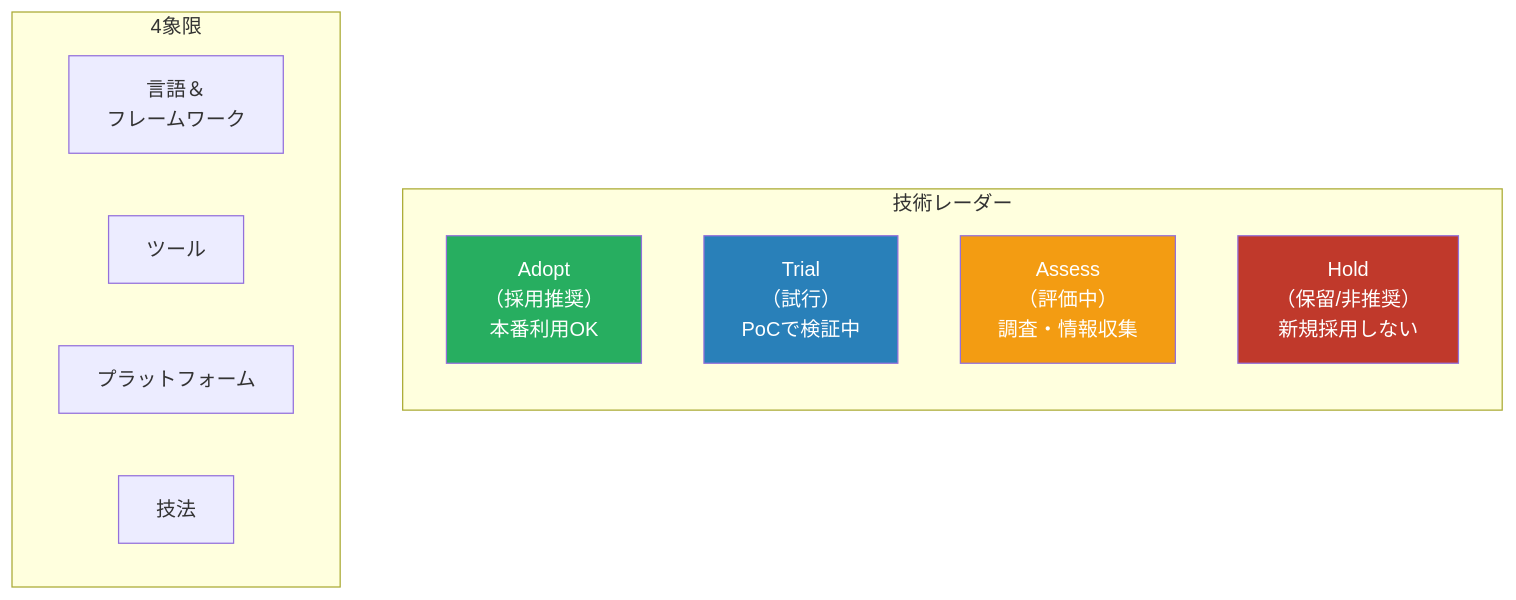
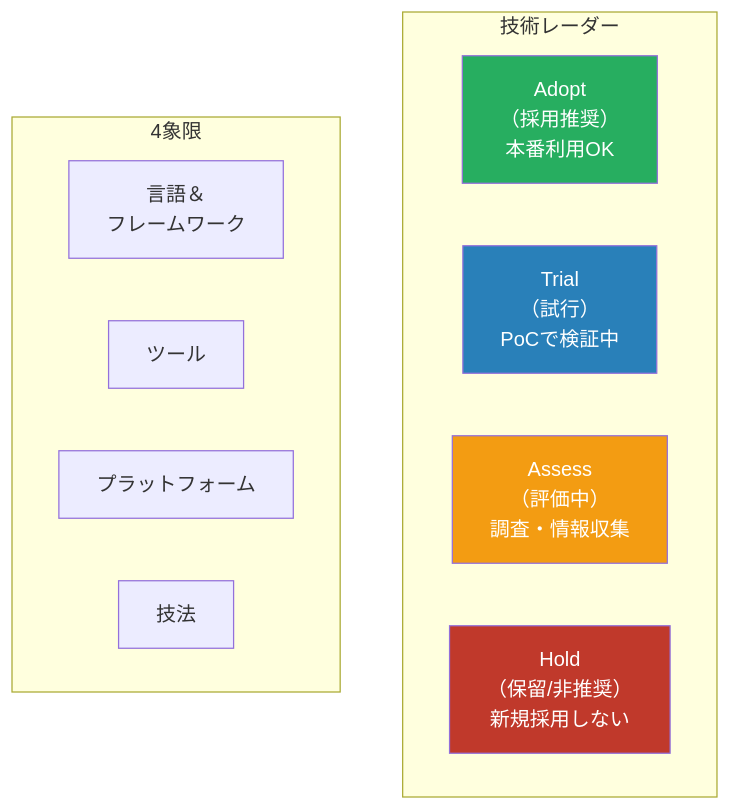
Before and after one commit to shuji-bonji/Management-of-software-systems-and-services: the fourth of 7 diagrams in enterprise-architecture-map.md, drawn with Mermaid. The commit also changed other lines of this file and 9 other files, not shown here.

Commit message:
fix: Mermaid図の改善

````diff
--- a/enterprise-architecture-map.md
+++ b/enterprise-architecture-map.md
@@ -261,22 +253,22 @@
 ```mermaid
 graph TD
     subgraph Radar["技術レーダー"]
-        direction TB
-        A1["Adopt\n（採用推奨）\n本番利用OK"]
-        A2["Trial\n（試行）\nPoCで検証中"]
-        A3["Assess\n（評価中）\n調査・情報収集"]
-        A4["Hold\n（保留/非推奨）\n新規採用しない"]
+        direction LR
+        A1["Adopt<br>（採用推奨）<br>本番利用OK"]
+        A2["Trial<br>（試行）<br>PoCで検証中"]
+        A3["Assess<br>（評価中）<br>調査・情報収集"]
+        A4["Hold<br>（保留/非推奨）<br>新規採用しない"]
     end
 
     subgraph Quadrants["4象限"]
-        Q1["言語＆\nフレームワーク"]
+        Q1["言語＆<br>フレームワーク"]
         Q2["ツール"]
         Q3["プラットフォーム"]
         Q4["技法"]
     end
 
     style A1 fill:#27AE60,color:#fff
     style A2 fill:#2980B9,color:#fff
     style A3 fill:#F39C12,color:#fff
     style A4 fill:#C0392B,color:#fff
 ```
````
